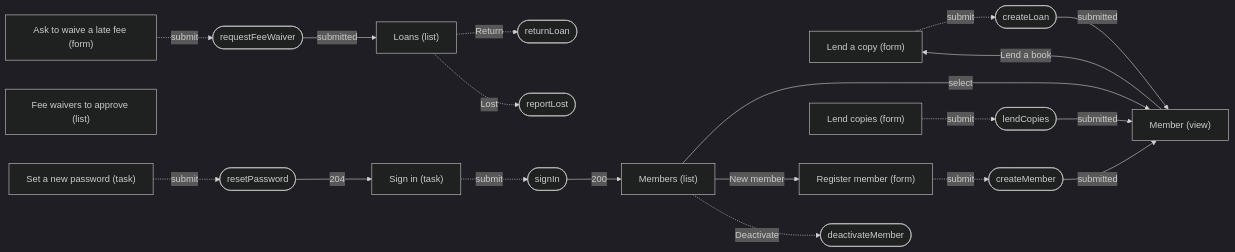
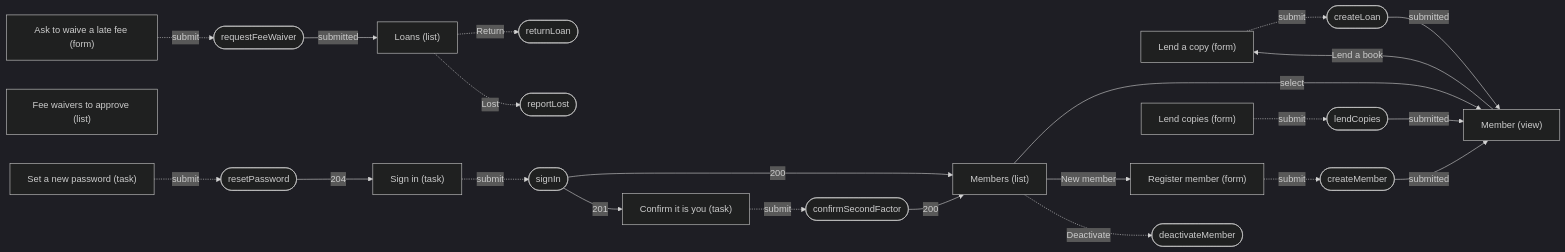
Before and after one commit to SpecArch/specarch: diagram 20 of 21 in examples/library-lending/docs/techspec.md, drawn with Mermaid (dark theme). The commit also changed other lines of this file and 14 other files, not shown here.

First line of the commit message:
Give the library's sign-in a second factor, with its own page and operation

````diff
--- a/examples/library-lending/docs/techspec.md
+++ b/examples/library-lending/docs/techspec.md
@@ -817,40 +837,45 @@
 ```mermaid
 flowchart LR
   fee_waiver_form["Ask to waive a late fee (form)"]
   fee_waivers_inbox["Fee waivers to approve (list)"]
   loan_form["Lend a copy (form)"]
   loans_list["Loans (list)"]
   member_form["Register member (form)"]
   member_loans["Lend copies (form)"]
   member_view["Member (view)"]
   members_list["Members (list)"]
   reset_password["Set a new password (task)"]
+  second_factor["Confirm it is you (task)"]
   sign_in["Sign in (task)"]
   op_requestFeeWaiver(["requestFeeWaiver"])
   fee_waiver_form -.->|"submit"| op_requestFeeWaiver
   op_requestFeeWaiver -->|"submitted"| loans_list
   op_createLoan(["createLoan"])
   loan_form -.->|"submit"| op_createLoan
   op_createLoan -->|"submitted"| member_view
   op_returnLoan(["returnLoan"])
   loans_list -.->|"Return"| op_returnLoan
   op_reportLost(["reportLost"])
   loans_list -.->|"Lost"| op_reportLost
   op_createMember(["createMember"])
   member_form -.->|"submit"| op_createMember
   op_createMember -->|"submitted"| member_view
   op_lendCopies(["lendCopies"])
   member_loans -.->|"submit"| op_lendCopies
   op_lendCopies -->|"submitted"| member_view
   member_view -->|"Lend a book"| loan_form
   members_list -->|"select"| member_view
   members_list -->|"New member"| member_form
   op_deactivateMember(["deactivateMember"])
   members_list -.->|"Deactivate"| op_deactivateMember
   op_resetPassword(["resetPassword"])
   reset_password -.->|"submit"| op_resetPassword
   op_resetPassword -->|"204"| sign_in
+  op_confirmSecondFactor(["confirmSecondFactor"])
+  second_factor -.->|"submit"| op_confirmSecondFactor
+  op_confirmSecondFactor -->|"200"| members_list
   op_signIn(["signIn"])
   sign_in -.->|"submit"| op_signIn
   op_signIn -->|"200"| members_list
+  op_signIn -->|"201"| second_factor
 ```
````
